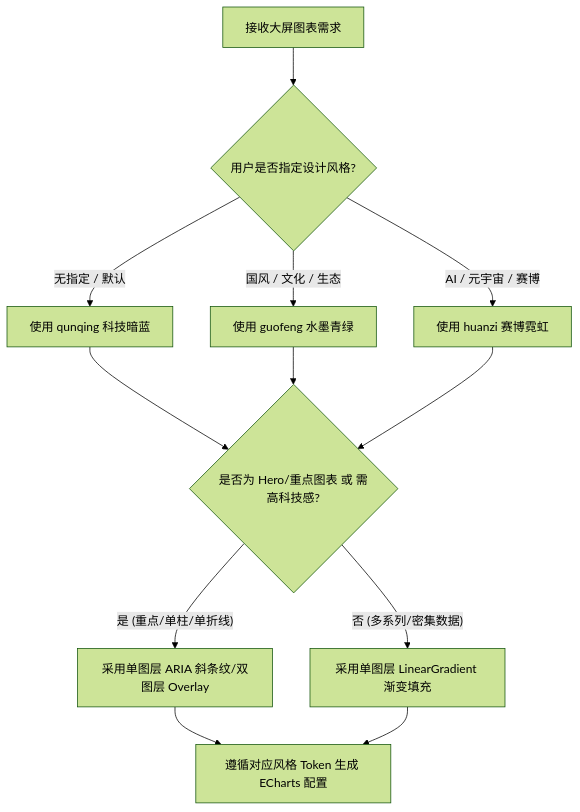
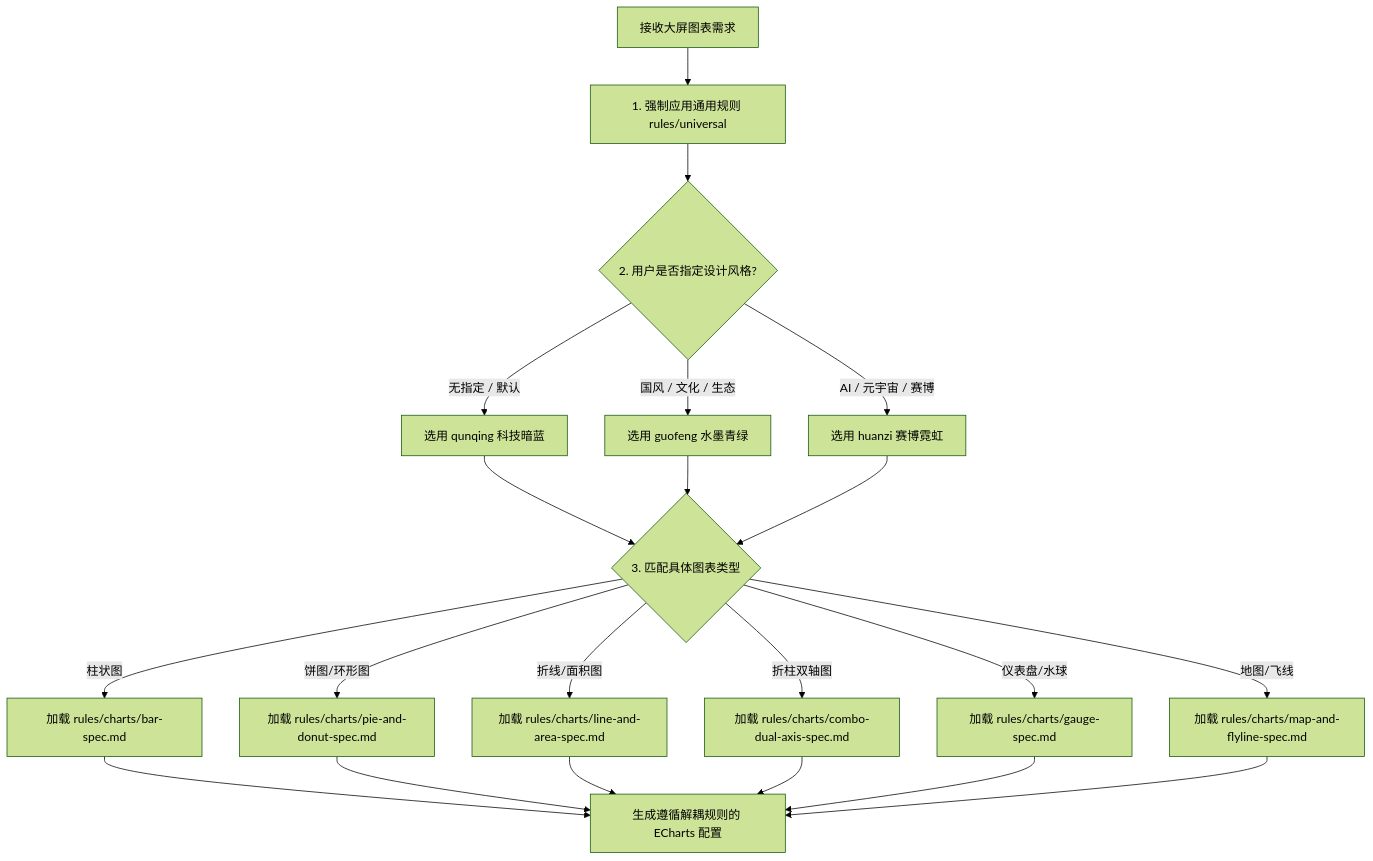
The diagram in SKILL.md (wuyax/styling-data-viz), drawn with Mermaid (forest theme) before and after one commit. The commit also changed other lines of this file and 16 other files, not shown here.

````diff
--- a/SKILL.md
+++ b/SKILL.md
@@ -30,17 +32,27 @@
 ```mermaid
 flowchart TD
-    Start[接收大屏图表需求] --> StyleCheck{用户是否指定设计风格?}
-    StyleCheck -- "无指定 / 默认" --> QunQing[使用 qunqing 科技暗蓝]
-    StyleCheck -- "国风 / 文化 / 生态" --> GuoFeng[使用 guofeng 水墨青绿]
-    StyleCheck -- "AI / 元宇宙 / 赛博" --> HuanZi[使用 huanzi 赛博霓虹]
+    Start[接收大屏图表需求] --> UniversalRules[1. 强制应用通用规则 rules/universal]
+    UniversalRules --> StyleCheck{2. 用户是否指定设计风格?}
+    
+    StyleCheck -- "无指定 / 默认" --> QunQing[选用 qunqing 科技暗蓝]
+    StyleCheck -- "国风 / 文化 / 生态" --> GuoFeng[选用 guofeng 水墨青绿]
+    StyleCheck -- "AI / 元宇宙 / 赛博" --> HuanZi[选用 huanzi 赛博霓虹]
 
-    QunQing --> DensityCheck{是否为 Hero/重点图表 或 需高科技感?}
-    GuoFeng --> DensityCheck
-    HuanZi --> DensityCheck
+    QunQing --> ChartCheck{3. 匹配具体图表类型}
+    GuoFeng --> ChartCheck
+    HuanZi --> ChartCheck
 
-    DensityCheck -- "是 (重点/单柱/单折线)" --> DualLayer[采用单图层 ARIA 斜条纹/双图层 Overlay]
-    DensityCheck -- "否 (多系列/密集数据)" --> SingleLayer[采用单图层 LinearGradient 渐变填充]
+    ChartCheck -- "柱状图" --> BarRule[加载 rules/charts/bar-spec.md]
+    ChartCheck -- "饼图/环形图" --> PieRule[加载 rules/charts/pie-and-donut-spec.md]
+    ChartCheck -- "折线/面积图" --> LineRule[加载 rules/charts/line-and-area-spec.md]
+    ChartCheck -- "折柱双轴图" --> DualRule[加载 rules/charts/combo-dual-axis-spec.md]
+    ChartCheck -- "仪表盘/水球" --> GaugeRule[加载 rules/charts/gauge-spec.md]
+    ChartCheck -- "地图/飞线" --> MapRule[加载 rules/charts/map-and-flyline-spec.md]
 
-    DualLayer --> FinalCode[遵循对应风格 Token 生成 ECharts 配置]
-    SingleLayer --> FinalCode
+    BarRule --> FinalCode[生成遵循解耦规则的 ECharts 配置]
+    PieRule --> FinalCode
+    LineRule --> FinalCode
+    DualRule --> FinalCode
+    GaugeRule --> FinalCode
+    MapRule --> FinalCode
 ```
````
